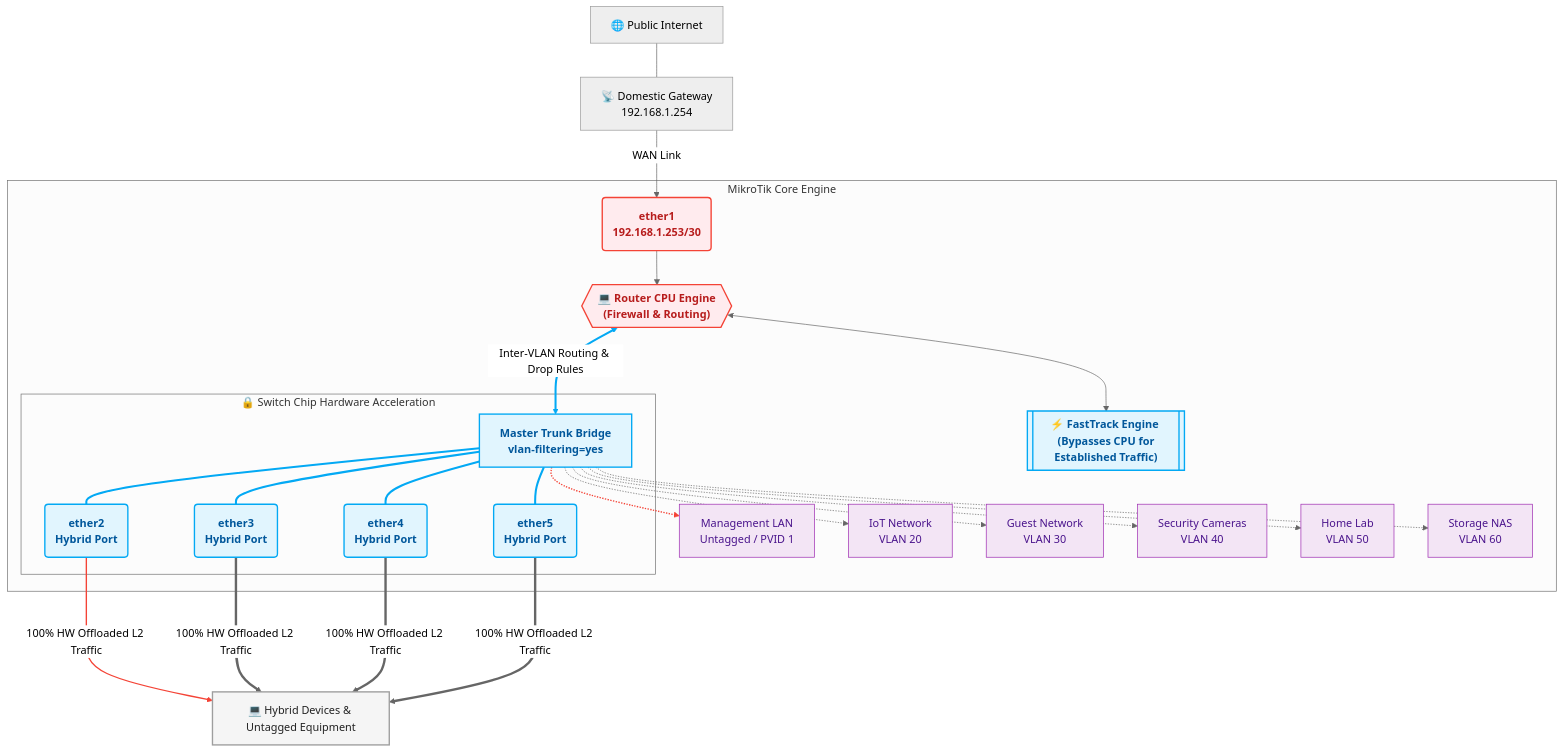
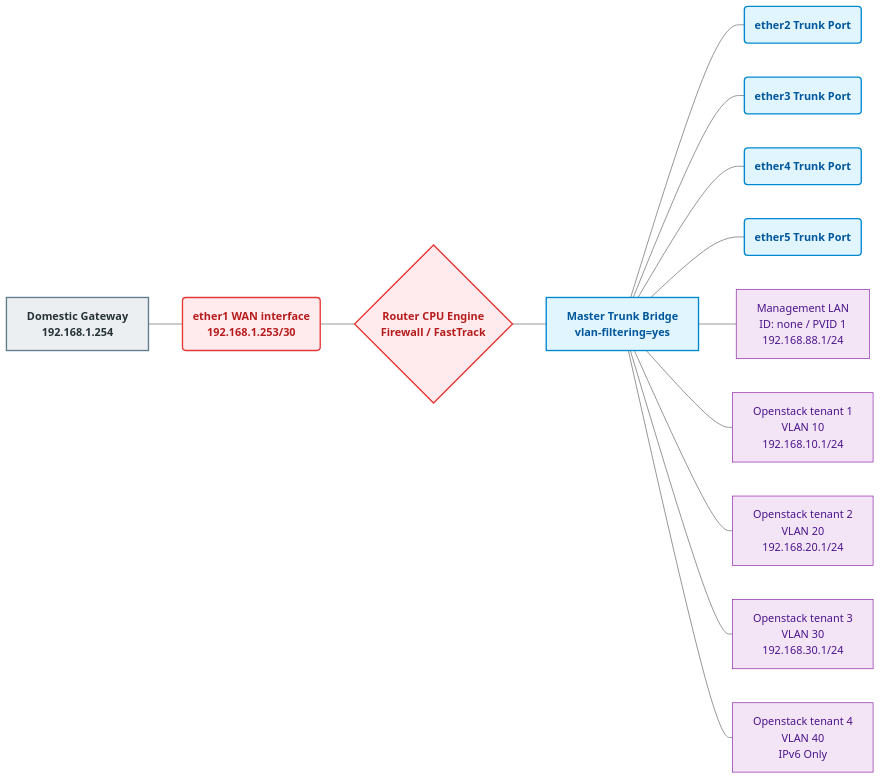
Before and after one commit to mv-2112/HomeLab: the diagram in NetworkDiagram.mmd, drawn with Mermaid (neutral theme).

Commit message:
Revise network diagram with new styling and layout
Updated network diagram to reflect new design tokens and structure.

```diff
--- a/NetworkDiagram.mmd
+++ b/NetworkDiagram.mmd
@@ -1,60 +1,32 @@
-graph TD
-    %% Custom Styling
-    classDef hardware fill:#e1f5fe,stroke:#03a9f4,stroke-width:2px,color:#01579b,font-weight:bold;
-    classDef cpu fill:#ffebee,stroke:#f44336,stroke-width:2px,color:#b71c1c,font-weight:bold;
-    classDef external fill:#f5f5f5,stroke:#9e9e9e,stroke-width:2px,color:#212121;
-    classDef vlan fill:#f3e5f5,stroke:#9c27b0,stroke-width:1px,color:#4a148c;
+graph LR
+    %% Custom Design Tokens
+    classDef wan fill:#eceff1,stroke:#607d8b,stroke-width:2px,color:#263238,font-weight:bold;
+    classDef cpu fill:#ffebee,stroke:#e53935,stroke-width:2px,color:#b71c1c,font-weight:bold;
+    classDef l2 fill:#e1f5fe,stroke:#0288d1,stroke-width:2px,color:#01579b,font-weight:bold;
+    classDef vlan fill:#f3e5f5,stroke:#8e24aa,stroke-width:1px,color:#4a148c;
 
-    %% External Networks
-    Internet[🌐 Public Internet] --- Deco[📡 Domestic Gateway <br> 192.168.1.254]
-    Deco -->|WAN Link| Ether1
+    %% Layer 3 Edge Routing (CPU Controlled)
+    GW[Domestic Gateway<br>192.168.1.254] --- Ether1(ether1 WAN interface<br>192.168.1.253/30)
+    Ether1 --- CPU{Router CPU Engine<br>Firewall / FastTrack}
 
-    subgraph MikroTik Router [MikroTik Core Engine]
-        %% Layer 3 Elements
-        Ether1(ether1 <br> 192.168.1.253/30):::cpu
-        CPU_Engine{{"💻 Router CPU Engine <br> (Firewall & Routing)"}}:::cpu
-        FastTrack[["⚡ FastTrack Engine <br> (Bypasses CPU for Established Traffic)"]]:::hardware
-        
-        Ether1 --> CPU_Engine
-        CPU_Engine <--> FastTrack
-        
-        %% Layer 2 Switch Hardware Table
-        subgraph Switch_Chip [🔒 Switch Chip Hardware Acceleration]
-            Bridge[Master Trunk Bridge <br> vlan-filtering=yes]:::hardware
-            
-            %% Switch Ports
-            P2(ether2 <br> Hybrid Port):::hardware
-            P3(ether3 <br> Hybrid Port):::hardware
-            P4(ether4 <br> Hybrid Port):::hardware
-            P5(ether5 <br> Hybrid Port):::hardware
-            
-            Bridge --- P2
-            Bridge --- P3
-            Bridge --- P4
-            Bridge --- P5
-        end
-        
-        %% VLAN Subsystem Layout
-        CPU_Engine <--> |Inter-VLAN Routing & Drop Rules| Bridge
-        
-        V_Native[Management LAN <br> Untagged / PVID 1]:::vlan
-        V_20[IoT Network <br> VLAN 20]:::vlan
-        V_30[Guest Network <br> VLAN 30]:::vlan
-        V_40[Security Cameras <br> VLAN 40]:::vlan
-        V_50[Home Lab <br> VLAN 50]:::vlan
-        V_60[Storage NAS <br> VLAN 60]:::vlan
-        
-        Bridge -.-> V_Native
-        Bridge -.-> V_20
-        Bridge -.-> V_30
-        Bridge -.-> V_40
-        Bridge -.-> V_50
-        Bridge -.-> V_60
-    end
+    %% Hardware Accelerated Switch Matrix
+    CPU --- Bridge[Master Trunk Bridge<br>vlan-filtering=yes]
 
-    %% Downstream Traffic Indicators
-    P2 & P3 & P4 & P5 ===>|100% HW Offloaded L2 Traffic| Downstream[💻 Hybrid Devices & Untagged Equipment]:::external
+    %% Hardware Ethernet Ports
+    Bridge --- Ether2(ether2 Trunk Port)
+    Bridge --- Ether3(ether3 Trunk Port)
+    Bridge --- Ether4(ether4 Trunk Port)
+    Bridge --- Ether5(ether5 Trunk Port)
 
-    %% Diagram Legends / Visual Notes
-    linkStyle 4,5,6,7,8 stroke:#03a9f4,stroke-width:3px;
-    linkStyle 9,15 stroke:#f44336,stroke-width:2px;
+    %% Provisioned Network Matrices (L3 Interfaces mapped to L2 Bridge)
+    Bridge --- V_Native[Management LAN<br>ID: none / PVID 1<br>192.168.88.1/24]
+    Bridge --- V_10[Openstack tenant 1<br>VLAN 10<br>192.168.10.1/24]
+    Bridge --- V_20[Openstack tenant 2<br>VLAN 20<br>192.168.20.1/24]
+    Bridge --- V_30[Openstack tenant 3<br>VLAN 30<br>192.168.30.1/24]
+    Bridge --- V_40[Openstack tenant 4<br>VLAN 40<br>IPv6 Only]
+
+    %% Structural Style Assignments
+    class GW wan;
+    class Ether1,CPU cpu;
+    class Bridge,Ether2,Ether3,Ether4,Ether5 l2;
+    class V_Native,V_10,V_20,V_30,V_40 vlan;
```
